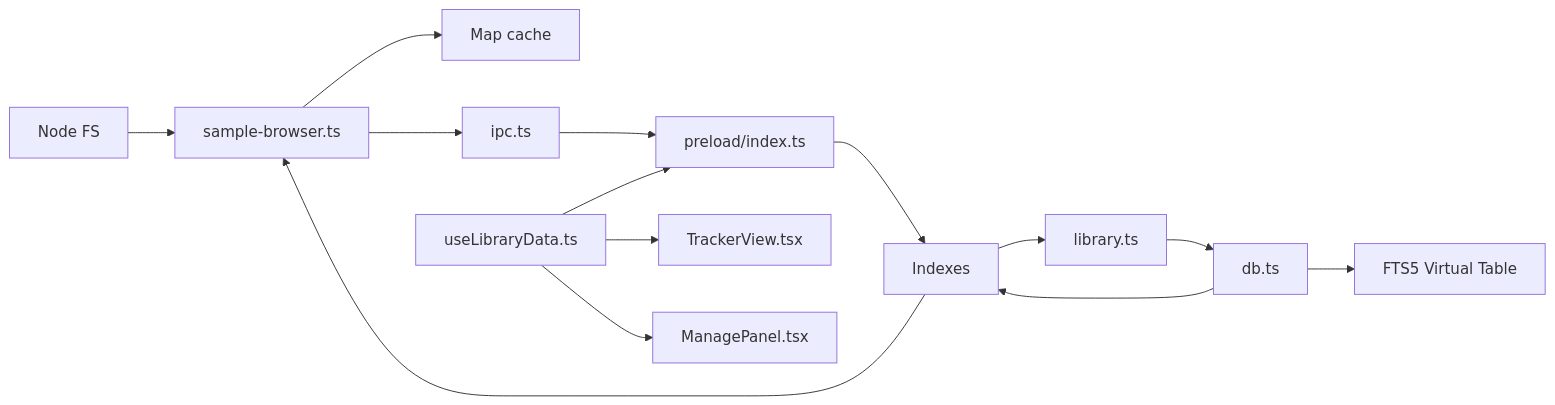
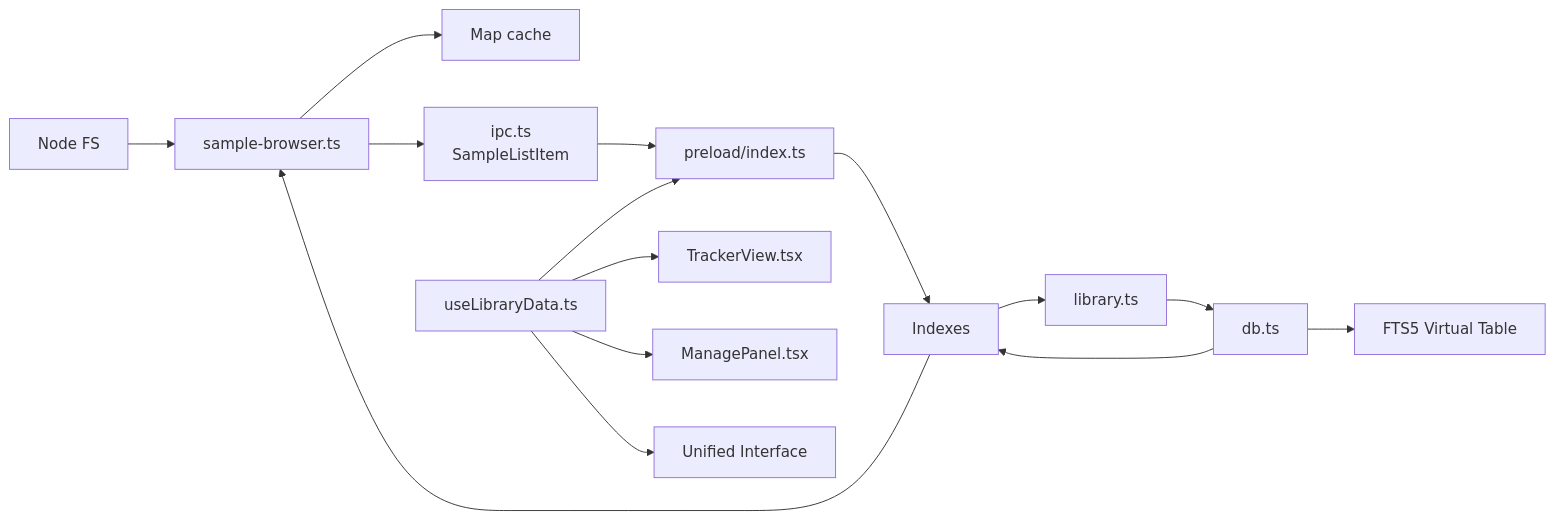
One commit to satyrlord/mixjam-electron changed the tenth of 10 diagrams in .qoder/repowiki/en/content/Sample Browser.md. Above: the diagram before and after it, drawn with Mermaid. The commit also changed other lines of this file and 7 other files, not shown here.

````diff
--- a/.qoder/repowiki/en/content/Sample Browser.md
+++ b/.qoder/repowiki/en/content/Sample Browser.md
@@ -336,16 +412,17 @@
 ```mermaid
 graph LR
 FS["Node FS"] --> SB["sample-browser.ts"]
 SB --> Cache["Map cache"]
-SB --> IPC["ipc.ts"]
+SB --> IPC["ipc.ts<br/>SampleListItem"]
 IPC --> PZ["preload/index.ts"]
 PZ --> IDX["src/main/index.ts"]
 IDX --> SB
 IDX --> LIB["library.ts"]
 LIB --> DB["db.ts"]
 DB --> FTS["FTS5 Virtual Table"]
 DB --> IDX["Indexes"]
 UI["useLibraryData.ts"] --> PZ
 UI --> TV["TrackerView.tsx"]
 UI --> MP["ManagePanel.tsx"]
+UI --> SampleListItem["Unified Interface"]
 ```
````
